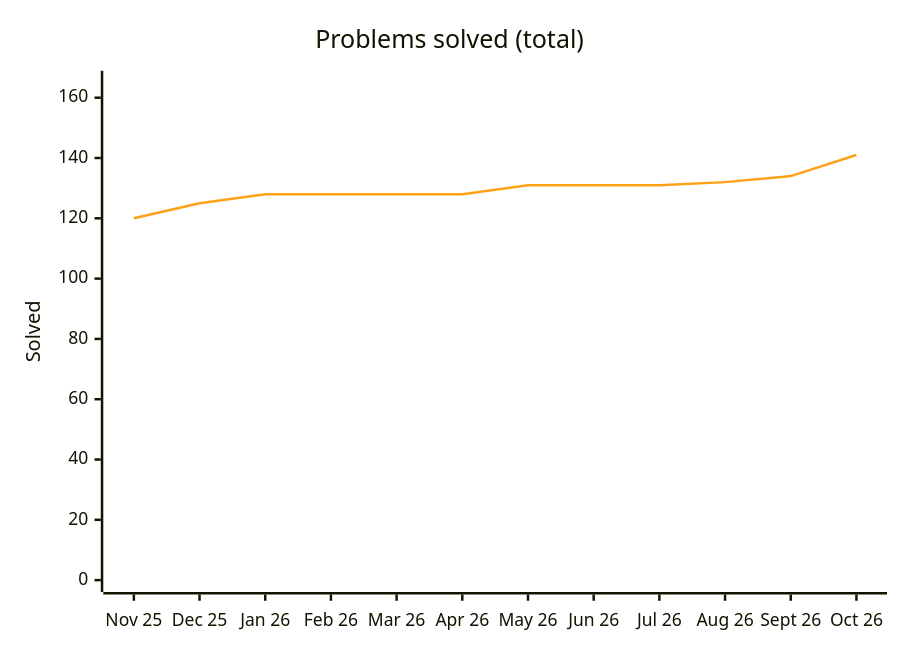
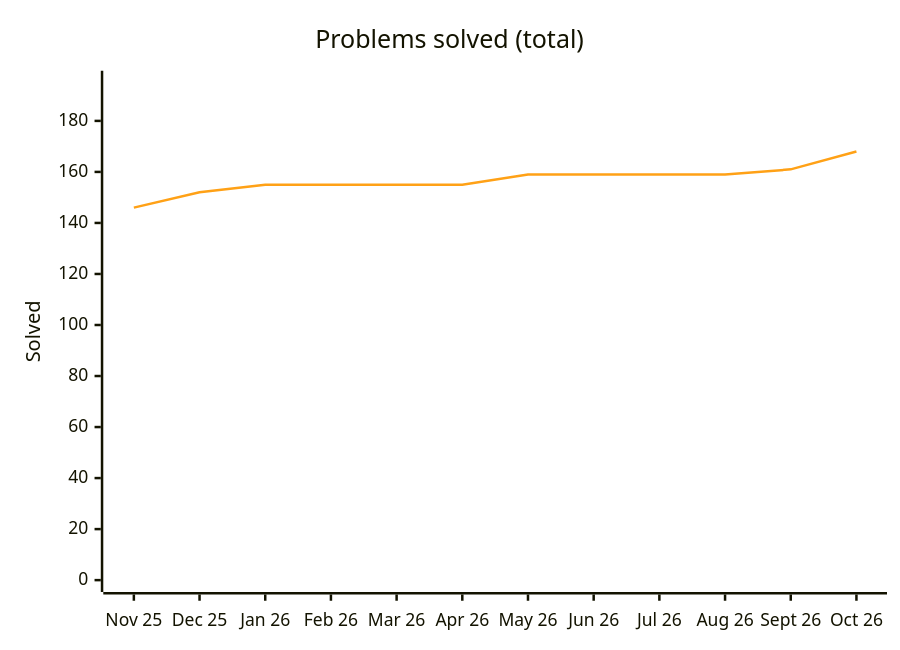
Before and after one commit to samy-D5/Leetcode: the diagram in README.md, drawn with Mermaid. The commit also changed other lines of this file and 32 other files, not shown here.

````diff
--- a/README.md
+++ b/README.md
@@ -42,8 +42,8 @@
 ```mermaid
 %%{init: {"themeVariables": {"xyChart": {"plotColorPalette": "#ffa116"}}}}%%
 xychart-beta
     title "Problems solved (total)"
     x-axis ["Nov 25", "Dec 25", "Jan 26", "Feb 26", "Mar 26", "Apr 26", "May 26", "Jun 26", "Jul 26", "Aug 26", "Sept 26", "Oct 26"]
-    y-axis "Solved" 0 --> 165
-    line [120, 125, 128, 128, 128, 128, 131, 131, 131, 132, 134, 141]
+    y-axis "Solved" 0 --> 195
+    line [146, 152, 155, 155, 155, 155, 159, 159, 159, 159, 161, 168]
 ```
````
